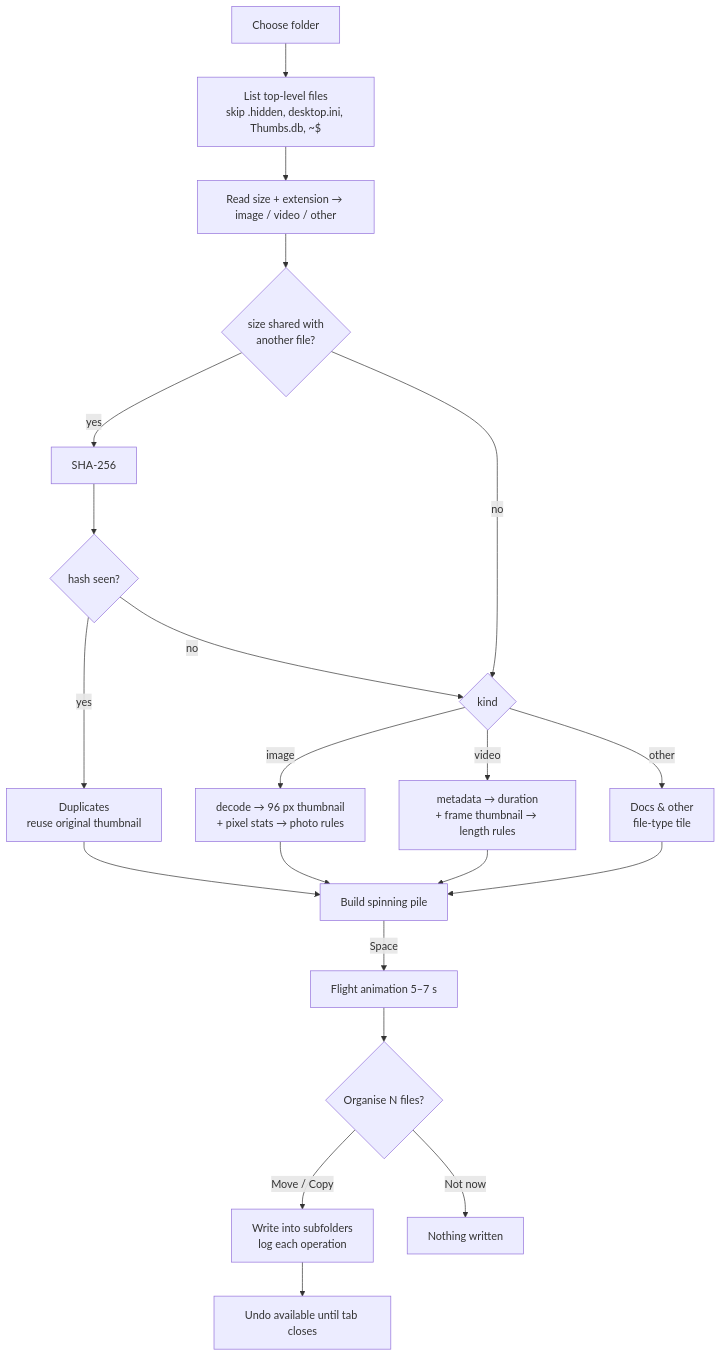
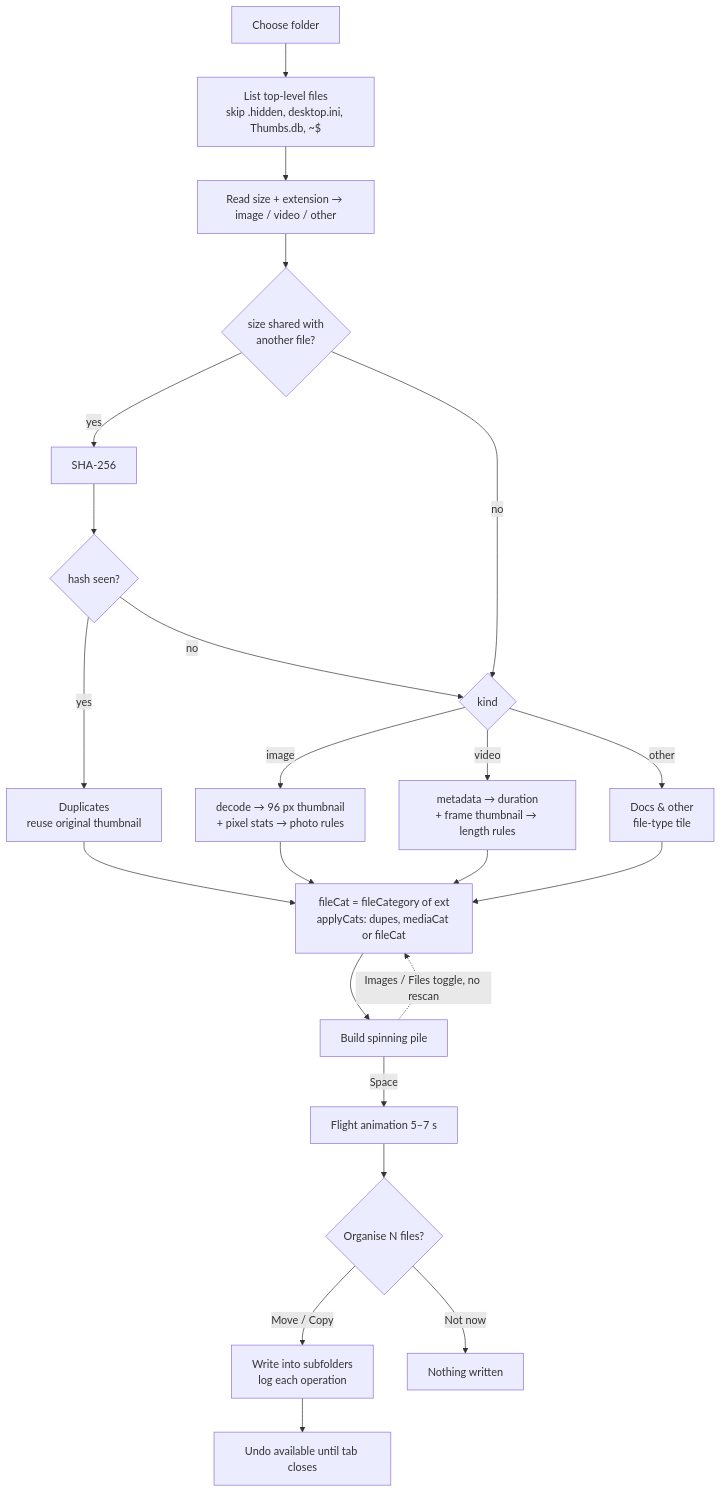
One commit to woogi8/photo-sorter changed the second of 3 diagrams in README.md. Above: the diagram before and after it, drawn with Mermaid. The commit also changed other lines of this file and 1 other file, not shown here.

First line of the commit message:
Add Images/Files mode toggle with extension-based sorting

````diff
--- a/README.md
+++ b/README.md
@@ -108,19 +135,21 @@
 ```mermaid
 flowchart TD
     A[Choose folder] --> B[List top-level files<br/>skip .hidden, desktop.ini, Thumbs.db, ~$]
     B --> C[Read size + extension → image / video / other]
     C --> D{size shared with<br/>another file?}
     D -- yes --> E[SHA-256] --> F{hash seen?}
     F -- yes --> G[Duplicates<br/>reuse original thumbnail]
     F -- no --> H
     D -- no --> H{kind}
     H -- image --> I[decode → 96 px thumbnail<br/>+ pixel stats → photo rules]
     H -- video --> J[metadata → duration<br/>+ frame thumbnail → length rules]
     H -- other --> K[Docs & other<br/>file-type tile]
-    G & I & J & K --> L[Build spinning pile]
+    G & I & J & K --> X[fileCat = fileCategory of ext<br/>applyCats: dupes, mediaCat or fileCat]
+    X --> L[Build spinning pile]
+    L -. "Images / Files toggle, no rescan" .-> X
     L -- Space --> M[Flight animation 5–7 s]
     M --> N{Organise N files?}
     N -- Move / Copy --> O[Write into subfolders<br/>log each operation]
     N -- Not now --> P[Nothing written]
     O --> Q[Undo available until tab closes]
 ```
````
